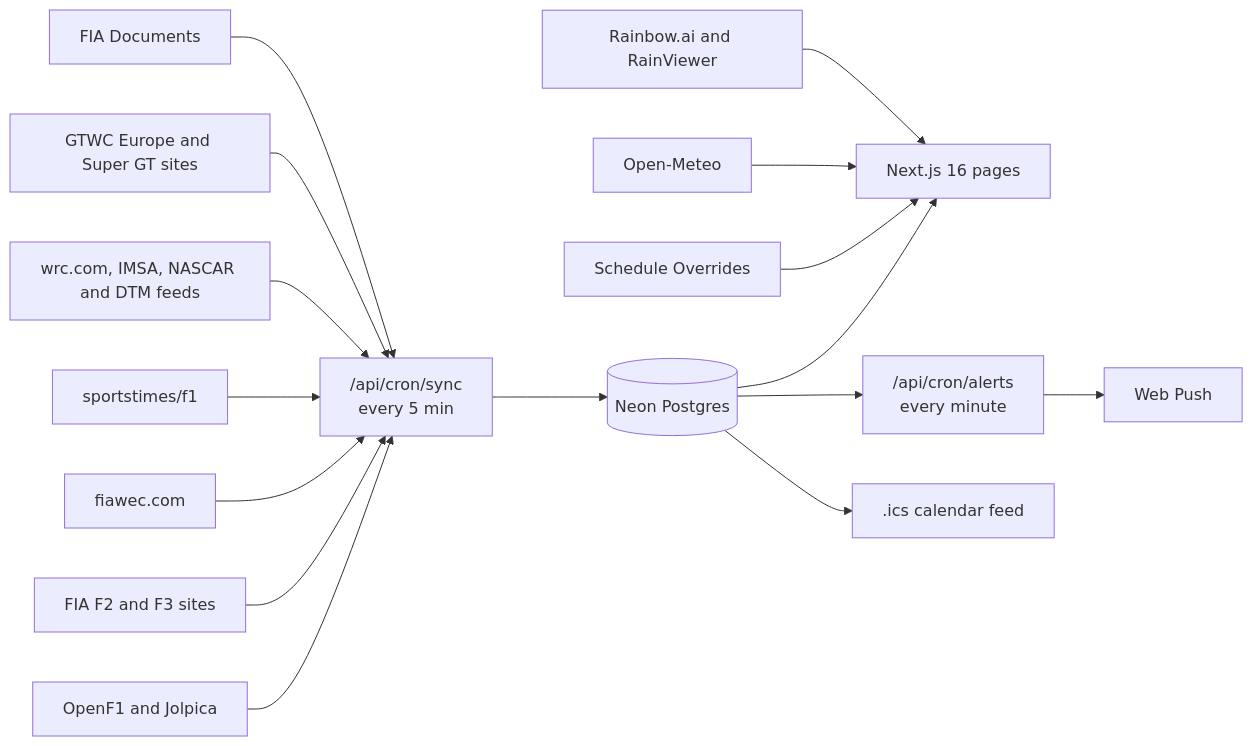
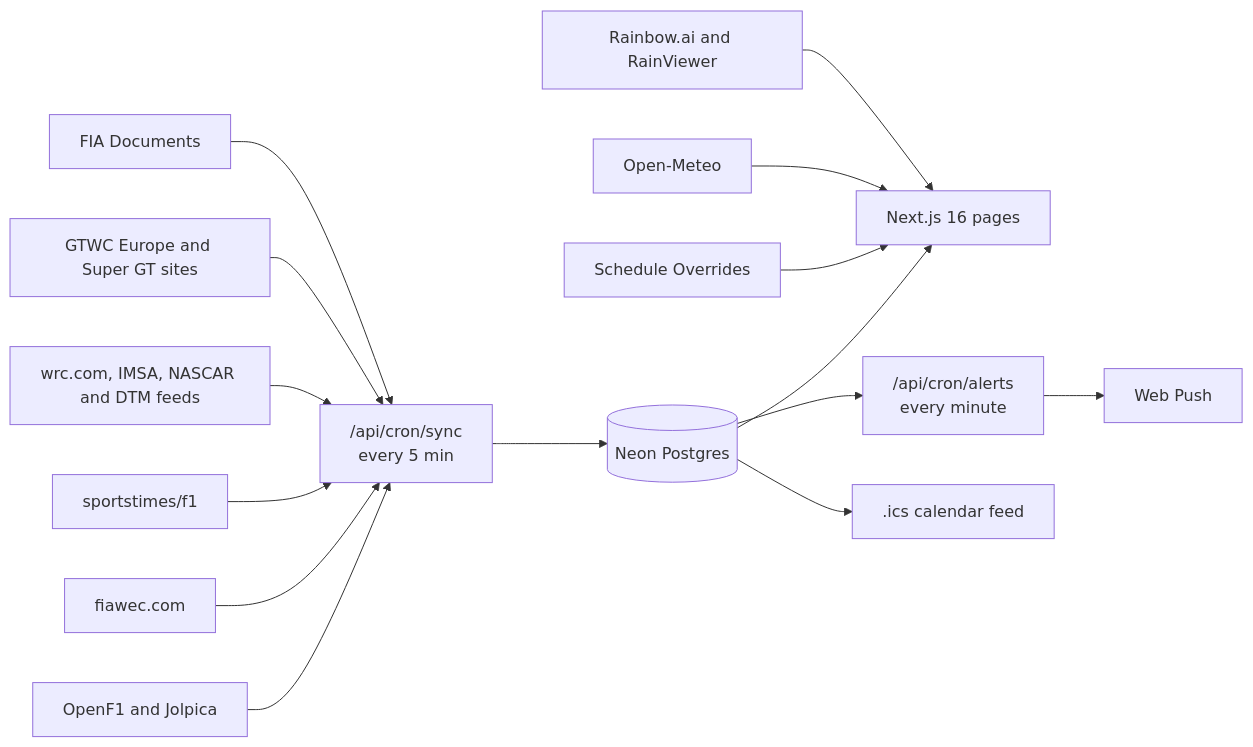
The diagram in README.md (byalex33/motorsportsinfo.app), drawn with Mermaid before and after one commit. The commit also changed other lines of this file and 60 other files, not shown here.

````diff
--- a/README.md
+++ b/README.md
@@ -119,19 +119,18 @@
 ```mermaid
 flowchart LR
   S1["OpenF1 and Jolpica"] --> SYNC
-  S2["FIA F2 and F3 sites"] --> SYNC
   S3["fiawec.com"] --> SYNC
   S4["sportstimes/f1"] --> SYNC
   S6["wrc.com, IMSA, NASCAR and DTM feeds"] --> SYNC
   S7["GTWC Europe and Super GT sites"] --> SYNC
   S5["FIA Documents"] --> SYNC
   SYNC["/api/cron/sync<br/>every 5 min"] --> DB[("Neon Postgres")]
 
   DB --> APP["Next.js 16 pages"]
   OV["Schedule Overrides"] --> APP
   OM["Open-Meteo"] --> APP
   RADAR["Rainbow.ai and RainViewer"] --> APP
 
   DB --> ALERTS["/api/cron/alerts<br/>every minute"] --> PUSH["Web Push"]
   DB --> ICS[".ics calendar feed"]
 ```
````
